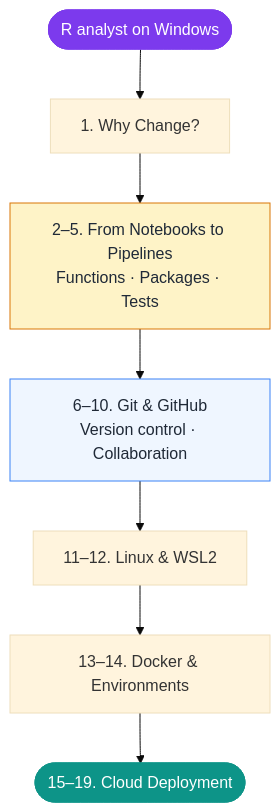
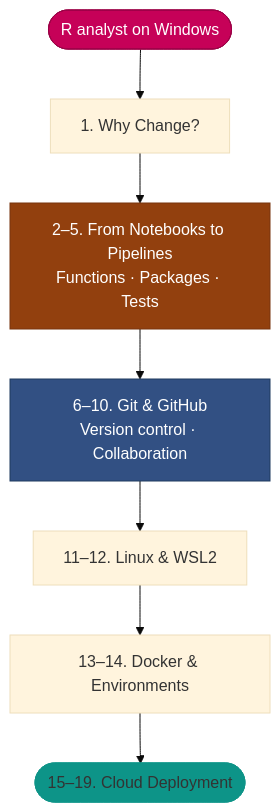
The second of 2 diagrams in docs/index.md (Ch3w3y/docker_gcp), drawn with Mermaid (base theme) before and after one commit. The commit also changed other lines of this file and 8 other files, not shown here.

First line of the commit message:
fix(a11y): replace all pastel Mermaid fills with PHW-aligned semantic palette

````diff
--- a/docs/index.md
+++ b/docs/index.md
@@ -59,17 +59,17 @@
 ```mermaid
 flowchart TD
     START(["R analyst on Windows"])
     A["1. Why Change?"]
     B["2–5. From Notebooks to Pipelines<br/>Functions · Packages · Tests"]
     C["6–10. Git & GitHub<br/>Version control · Collaboration"]
     D["11–12. Linux & WSL2"]
     E["13–14. Docker & Environments"]
     F(["15–19. Cloud Deployment"])
 
     START --> A --> B --> C --> D --> E --> F
 
-    style START fill:#7c3aed,color:#fff,stroke:#7c3aed
-    style B fill:#fef3c7,stroke:#d97706,color:#1f2937
-    style C fill:#eff6ff,stroke:#3b82f6,color:#1f2937
-    style F fill:#0d9488,color:#fff,stroke:#0d9488
+    style START fill:#c60158,color:#ffffff,stroke:#9b0146
+    style B fill:#92400e,stroke:#78350f,color:#ffffff
+    style C fill:#325083,stroke:#1e3a5f,color:#ffffff
+    style F fill:#0d9488,color:#fffffffff,stroke:#0d9488
 ```
````
